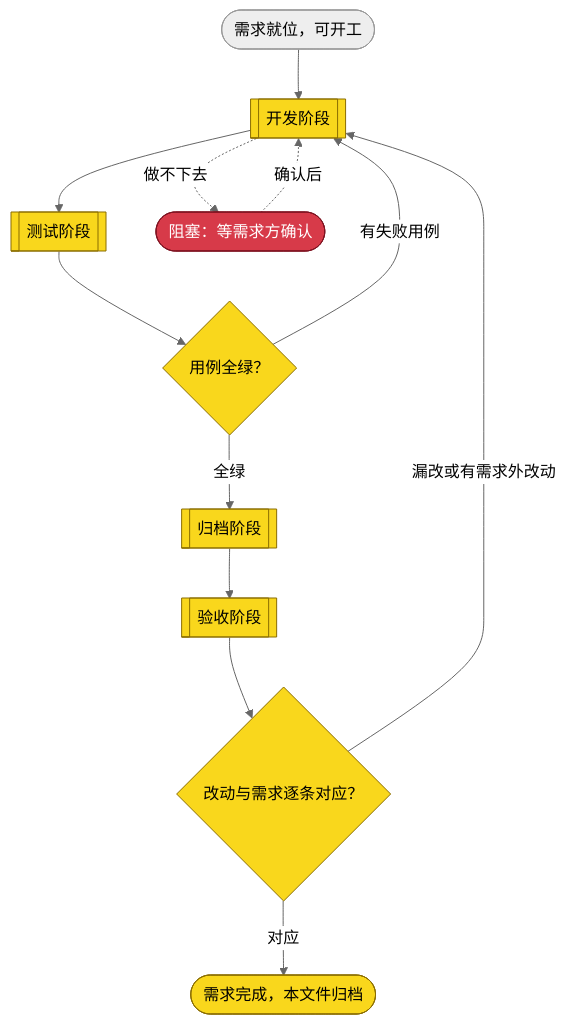
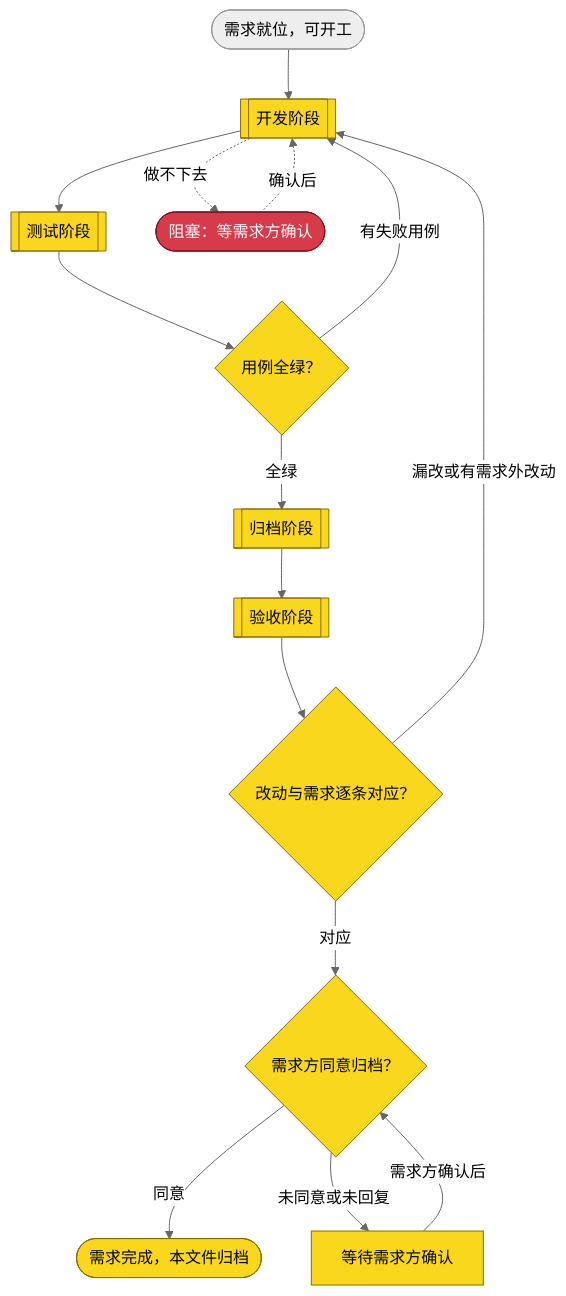
The first of 5 diagrams in assets/inbox/template.md (yunjies/knowledge-base), drawn with Mermaid (neutral theme) before and after one commit. The commit also changed other lines of this file and 13 other files, not shown here.

````diff
--- a/assets/inbox/template.md
+++ b/assets/inbox/template.md
@@ -14,20 +14,23 @@
 ```mermaid
 flowchart TB
   START(["需求就位，可开工"]) --> DEVELOP[["开发阶段"]]
   DEVELOP --> TEST[["测试阶段"]]
   TEST --> TEST_GATE{"用例全绿？"}
   TEST_GATE -->|"全绿"| ARCHIVE[["归档阶段"]]
   TEST_GATE -->|"有失败用例"| DEVELOP
   ARCHIVE --> ACCEPT[["验收阶段"]]
   ACCEPT --> ACCEPT_GATE{"改动与需求逐条对应？"}
-  ACCEPT_GATE -->|"对应"| DONE(["需求完成，本文件归档"])
+  ACCEPT_GATE -->|"对应"| REQUESTER_APPROVAL{"需求方同意归档？"}
   ACCEPT_GATE -->|"漏改或有需求外改动"| DEVELOP
+  REQUESTER_APPROVAL -->|"同意"| DONE(["需求完成，本文件归档"])
+  REQUESTER_APPROVAL -->|"未同意或未回复"| APPROVAL_WAIT["等待需求方确认"]
+  APPROVAL_WAIT -->|"需求方确认后"| REQUESTER_APPROVAL
   DEVELOP -.->|"做不下去"| BLOCKED(["阻塞：等需求方确认"])
   BLOCKED -.->|"确认后"| DEVELOP
 
   classDef todo fill:#f9d71c,stroke:#8a6d00,color:#000
   classDef done fill:#2ea043,stroke:#0b4a1b,color:#fff
   classDef stuck fill:#d73a49,stroke:#7d1220,color:#fff
-  class DEVELOP,TEST,ARCHIVE,ACCEPT,TEST_GATE,ACCEPT_GATE,DONE todo
+  class DEVELOP,TEST,ARCHIVE,ACCEPT,TEST_GATE,ACCEPT_GATE,REQUESTER_APPROVAL,APPROVAL_WAIT,DONE todo
   class BLOCKED stuck
 ```
````
